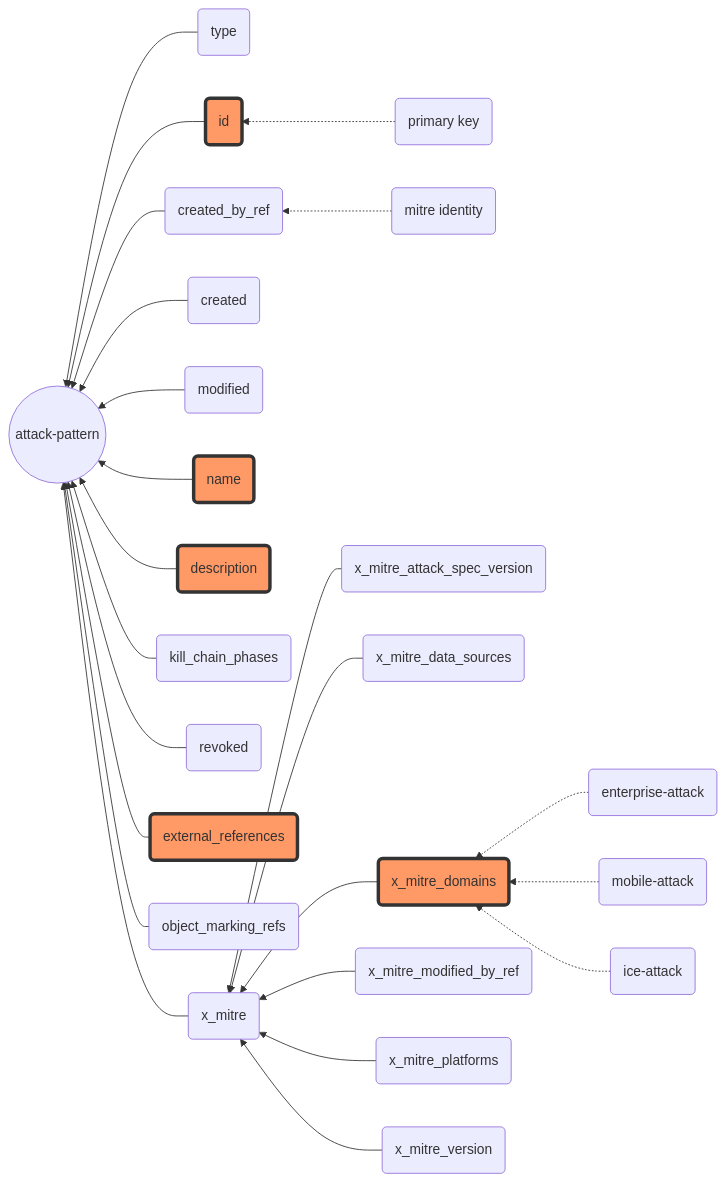
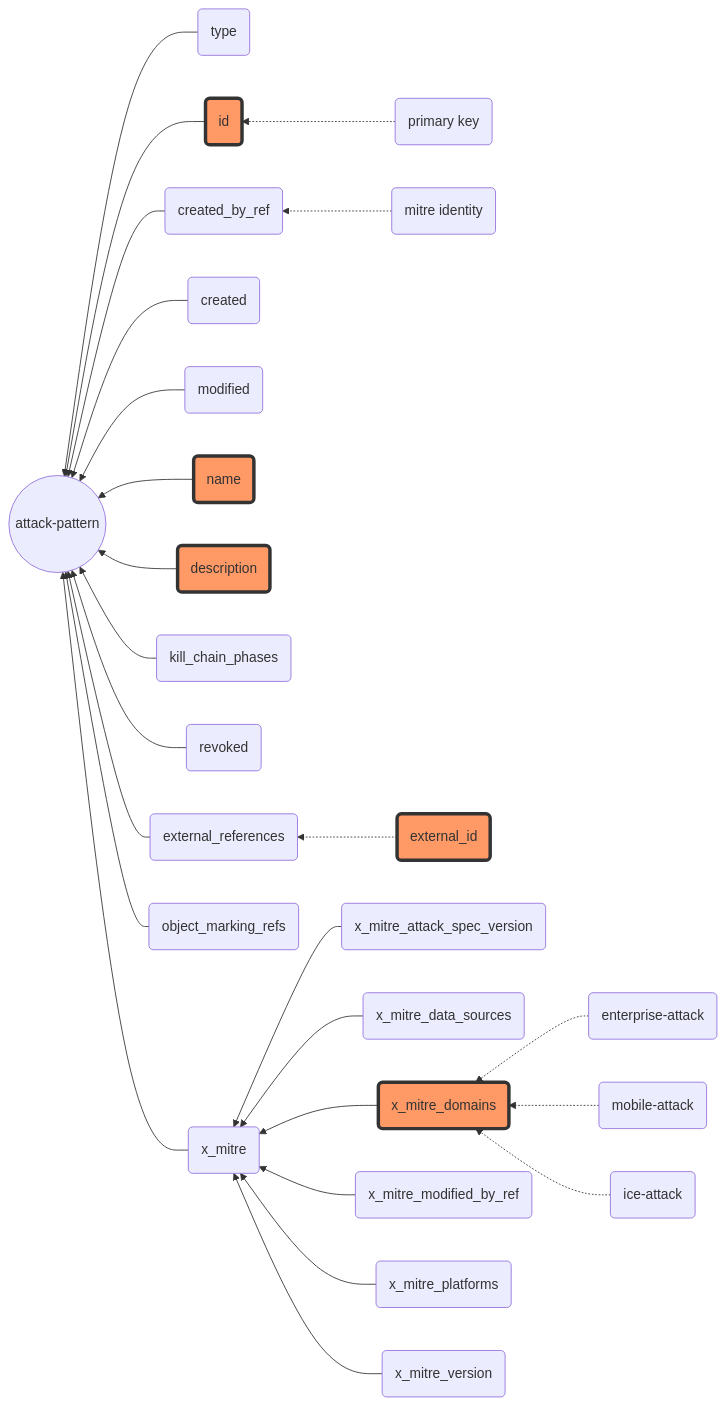
Before and after one commit to marsvillager/ATT-and-CK: the fifth of 7 diagrams in 分类框架.md, drawn with Mermaid. The commit also changed other lines of this file, not shown here.

````diff
--- a/分类框架.md
+++ b/分类框架.md
@@ -132,29 +145,30 @@
 ```mermaid
 flowchart RL
 	B(type) --> A((attack-pattern))
 	C(id) --> A
 	T(primary key) -.-> C
 	D(created_by_ref) --> A
 	U(mitre identity) -.-> D
 	E(created) --> A
 	F(modified) --> A
 	G(name) --> A
 	H(description) --> A
 	I(kill_chain_phases) --> A
 	J(revoked) --> A
 	K(external_references) --> A
+	Y(external_id) -.-> K
 	L(object_marking_refs) --> A
 	M(x_mitre) --> A
 	N(x_mitre_attack_spec_version) --> M
 	O(x_mitre_data_sources) --> M
 	P(x_mitre_domains) --> M
 	V(enterprise-attack) -.-> P
 	W(mobile-attack) -.-> P
 	X(ice-attack) -.-> P
 	Q(x_mitre_modified_by_ref) -->M
 	R(x_mitre_platforms) --> M
 	S(x_mitre_version) --> M
 	
 	classDef orange fill:#f96,stroke:#333,stroke-width:4px
-	class C,G,H,K,P orange
+	class C,G,H,Y,P orange
 ```
````
